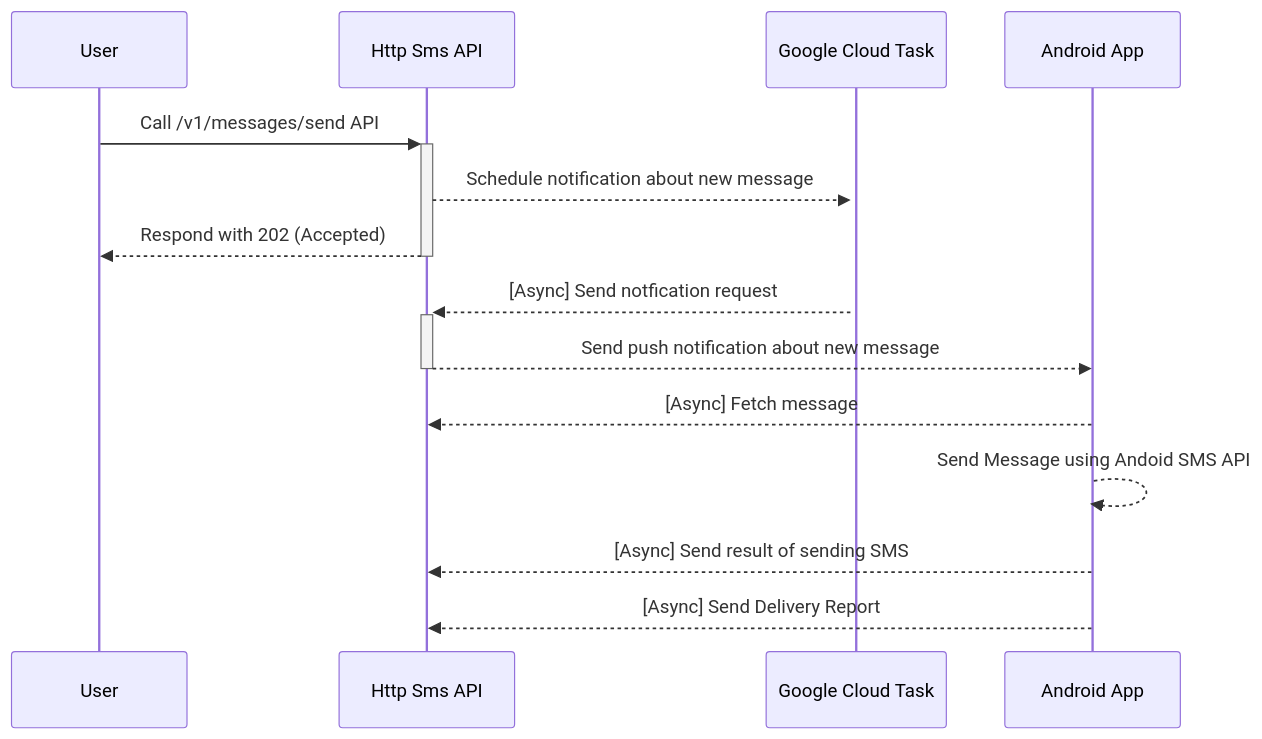
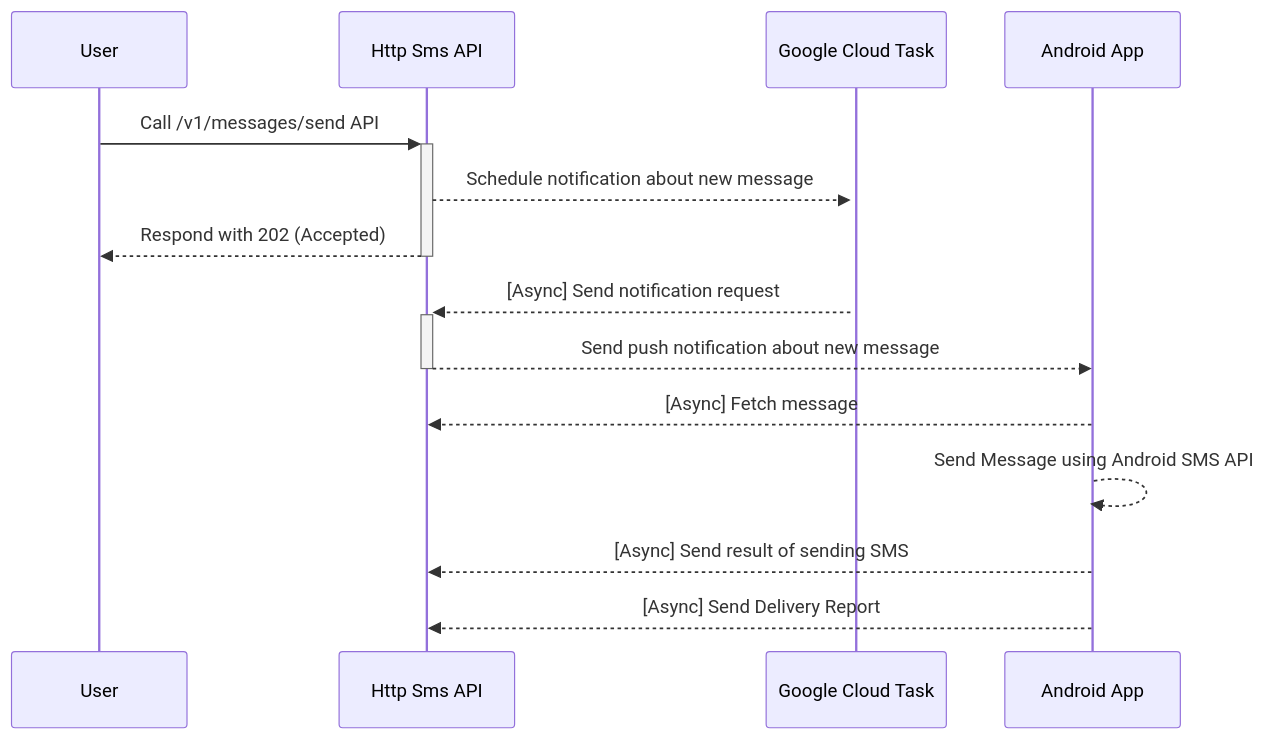
One commit to NdoleStudio/httpsms changed the diagram in README.md. Above: the diagram before and after it, drawn with Mermaid. The commit also changed other lines of this file and 1 other file, not shown here.

````diff
--- a/README.md
+++ b/README.md
@@ -75,12 +84,12 @@
 ```mermaid
 sequenceDiagram
 User->>+Http Sms API: Call /v1/messages/send API
 Http Sms API-->>+Google Cloud Task: Schedule notification about new message
 Http Sms API-->>-User: Respond with 202 (Accepted)
-Google Cloud Task-->>+Http Sms API: [Async] Send notfication request
+Google Cloud Task-->>+Http Sms API: [Async] Send notification request
 Http Sms API-->>-Android App: Send push notification about new message
 Android App-->>Http Sms API: [Async] Fetch message
-Android App-->>Android App: Send Message using Andoid SMS API
+Android App-->>Android App: Send Message using Android SMS API
 Android App-->>Http Sms API: [Async] Send result of sending SMS
 Android App-->>Http Sms API: [Async] Send Delivery Report
 ```
````
